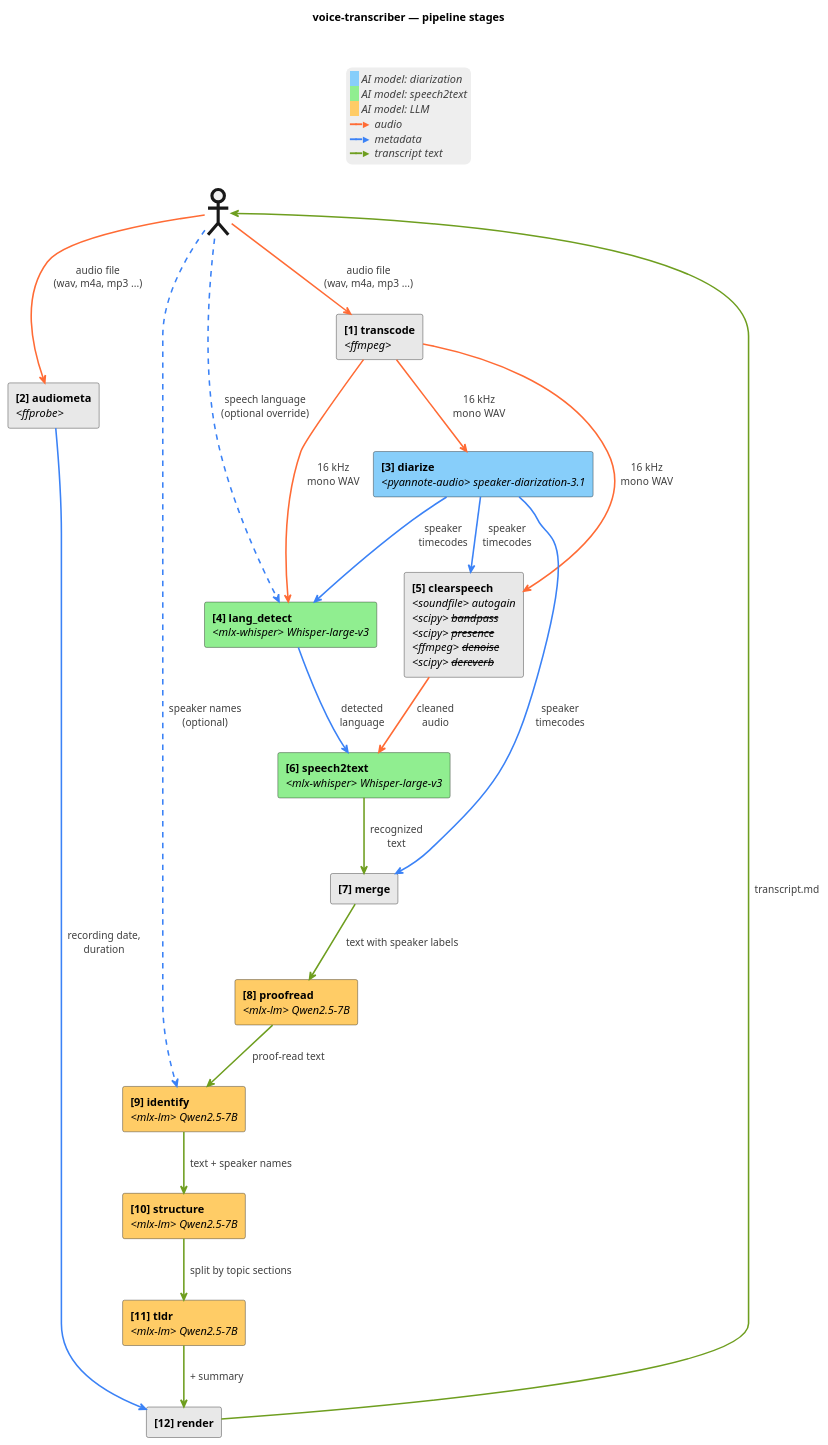
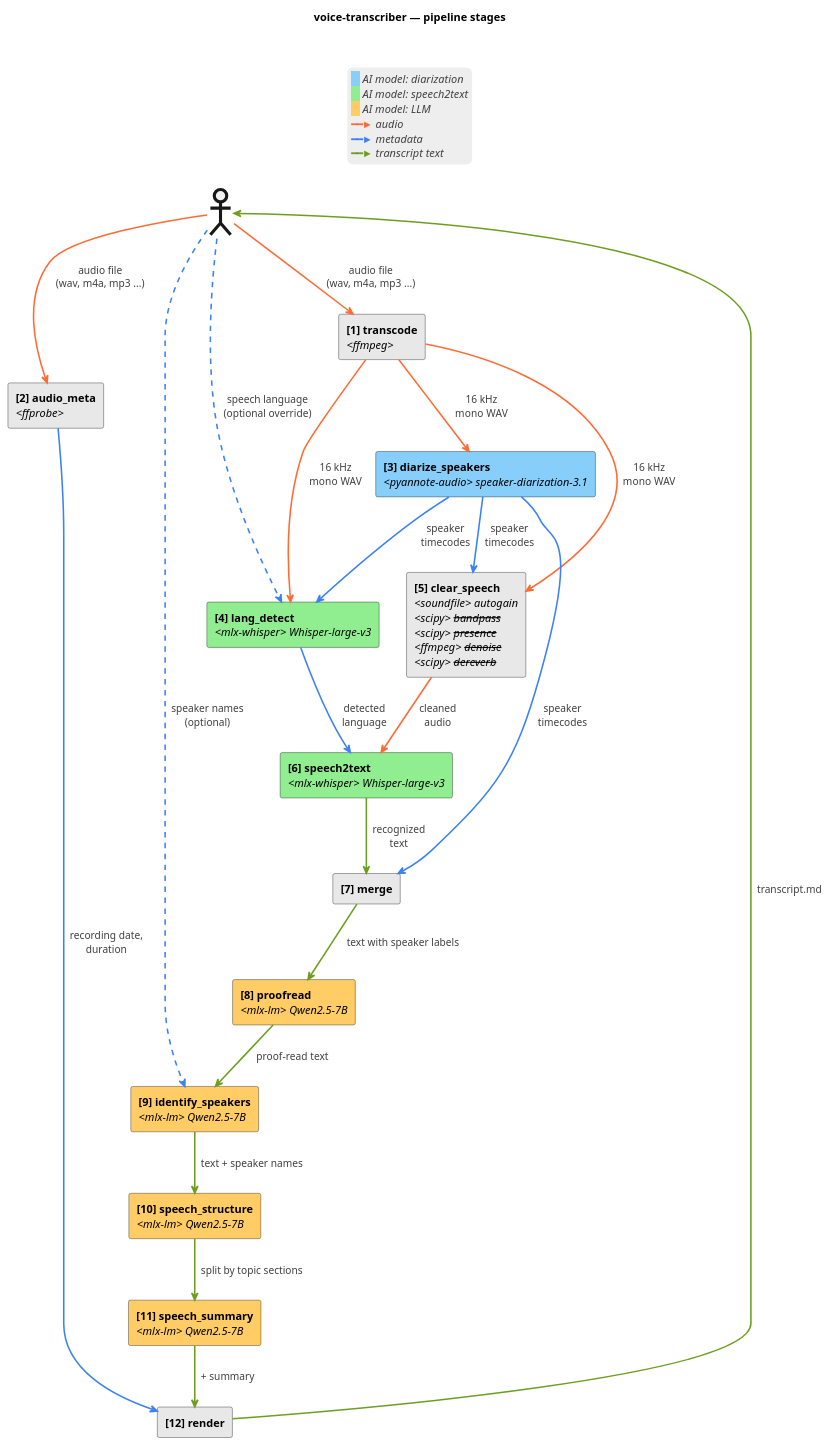
One commit to artem-from-ua/voice-transcriber changed the diagram in docs/architecture.md. Above: the diagram before and after it, drawn with PlantUML. The commit also changed other lines of this file and 38 other files, not shown here.

````diff
--- a/docs/architecture.md
+++ b/docs/architecture.md
@@ -23,69 +23,69 @@
 ```plantuml
 @startuml
 title voice-transcriber — pipeline stages
 skinparam componentStyle rectangle
 skinparam ArrowThickness 2
 skinparam legendBorderColor transparent
 skinparam legendBackgroundColor #EEEEEE
 
 <style>
   document {
     Margin 25
   }
   actor {
     LineThickness 4
     Margin 5
     Padding 5
   }
 </style>
 
 actor " " as User
 
 component "<b>[1] transcode</b>\n<i><ffmpeg></i>" as WAV #E8E8E8
-component "<b>[2] audiometa</b>\n<i><ffprobe></i>" as FF #E8E8E8
-component "<b>[3] diarize</b>\n<i><pyannote-audio> speaker-diarization-3.1</i>" as Diar #87CEFA
+component "<b>[2] audio_meta</b>\n<i><ffprobe></i>" as FF #E8E8E8
+component "<b>[3] diarize_speakers</b>\n<i><pyannote-audio> speaker-diarization-3.1</i>" as Diar #87CEFA
 component "<b>[4] lang_detect</b>\n<i><mlx-whisper> Whisper-large-v3</i>" as LangDet #90EE90
-component "<b>[5] clearspeech</b>\n<i><soundfile> autogain</i>\n<i><scipy> <s>bandpass</s></i>\n<i><scipy> <s>presence</s></i>\n<i><ffmpeg> <s>denoise</s></i>\n<i><scipy> <s>dereverb</s></i>" as CS #E8E8E8
+component "<b>[5] clear_speech</b>\n<i><soundfile> autogain</i>\n<i><scipy> <s>bandpass</s></i>\n<i><scipy> <s>presence</s></i>\n<i><ffmpeg> <s>denoise</s></i>\n<i><scipy> <s>dereverb</s></i>" as CS #E8E8E8
 component "<b>[6] speech2text</b>\n<i><mlx-whisper> Whisper-large-v3</i>" as ASR #90EE90
 component "<b>[7] merge</b>" as Merge #E8E8E8
 component "<b>[8] proofread</b>\n<i><mlx-lm> Qwen2.5-7B</i>" as Post #FFCC66
-component "<b>[9] identify</b>\n<i><mlx-lm> Qwen2.5-7B</i>" as Ident #FFCC66
-component "<b>[10] structure</b>\n<i><mlx-lm> Qwen2.5-7B</i>" as Struct #FFCC66
-component "<b>[11] tldr</b>\n<i><mlx-lm> Qwen2.5-7B</i>" as TLDR #FFCC66
+component "<b>[9] identify_speakers</b>\n<i><mlx-lm> Qwen2.5-7B</i>" as Ident #FFCC66
+component "<b>[10] speech_structure</b>\n<i><mlx-lm> Qwen2.5-7B</i>" as Struct #FFCC66
+component "<b>[11] speech_summary</b>\n<i><mlx-lm> Qwen2.5-7B</i>" as TLDR #FFCC66
 component "<b>[12] render</b>" as Render #E8E8E8
 
 User -[#FF6B35]-> FF : <color:#404040>  audio file</color>\n<color:#404040>  (wav, m4a, mp3 ...)</color>
 User -[#FF6B35]-> WAV : <color:#404040>  audio file</color>\n<color:#404040>  (wav, m4a, mp3 ...)</color>
 User -[#3B82F6,dashed]-> LangDet : <color:#404040>  speech language</color>\n<color:#404040>  (optional override)</color>
 User -[#3B82F6,dashed]-> Ident : <color:#404040>  speaker names</color>\n<color:#404040>  (optional)</color>
 
 WAV -[#FF6B35]-> Diar : <color:#404040>  16 kHz</color>\n<color:#404040>  mono WAV</color>
 WAV -[#FF6B35]-> LangDet : <color:#404040>  16 kHz</color>\n<color:#404040>  mono WAV</color>
 WAV -[#FF6B35]-> CS : <color:#404040>  16 kHz</color>\n<color:#404040>  mono WAV</color>
 Diar -[#3B82F6]-> LangDet : <color:#404040>  speaker</color>\n<color:#404040>  timecodes</color>
 Diar -[#3B82F6]-> CS : <color:#404040>  speaker</color>\n<color:#404040>  timecodes</color>
 LangDet -[#3B82F6]-> ASR : <color:#404040>  detected</color>\n<color:#404040>  language</color>
 CS -[#FF6B35]-> ASR : <color:#404040>  cleaned</color>\n<color:#404040>  audio</color>
 
 ASR -[#6E9E1F]-> Merge : <color:#404040>  recognized</color>\n<color:#404040>  text</color>
 Diar -[#3B82F6]-> Merge : <color:#404040>  speaker</color>\n<color:#404040>  timecodes</color>
 
 Merge -[#6E9E1F]-> Post : <color:#404040>  text with speaker labels</color>
 Post -[#6E9E1F]-> Ident : <color:#404040>  proof-read text</color>
 Ident -[#6E9E1F]-> Struct : <color:#404040>  text + speaker names</color>
 Struct -[#6E9E1F]-> TLDR : <color:#404040>  split by topic sections</color>
 
 FF -[#3B82F6]-> Render : <color:#404040>  recording date,</color>\n<color:#404040>  duration</color>
 TLDR -[#6E9E1F]-> Render : <color:#404040>  + summary</color>
 Render -[#6E9E1F]-> User : <color:#404040>  transcript.md</color>
 
 legend top center
   <back:#87CEFA>   </back> <i><color:#404040>AI model: diarization</color></i>
   <back:#90EE90>   </back> <i><color:#404040>AI model: speech2text</color></i>
   <back:#FFCC66>   </back> <i><color:#404040>AI model: LLM</color></i>
   <color:#FF6B35>━━►</color> <i><color:#404040>audio</color></i>
   <color:#3B82F6>━━►</color> <i><color:#404040>metadata</color></i>
   <color:#6E9E1F>━━►</color> <i><color:#404040>transcript text</color></i>
 end legend
 @enduml
 ```
````
